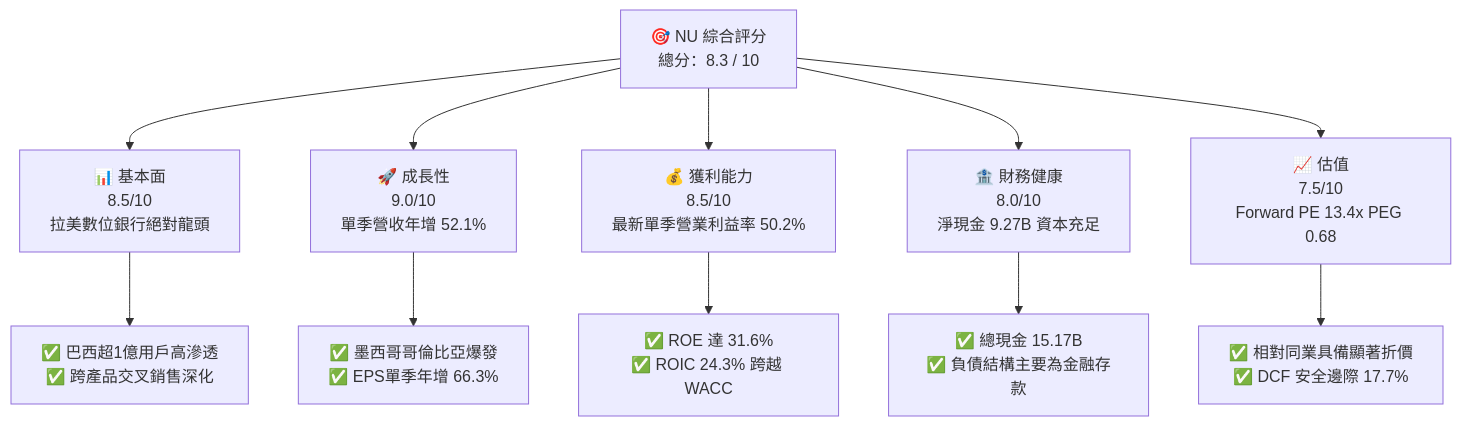
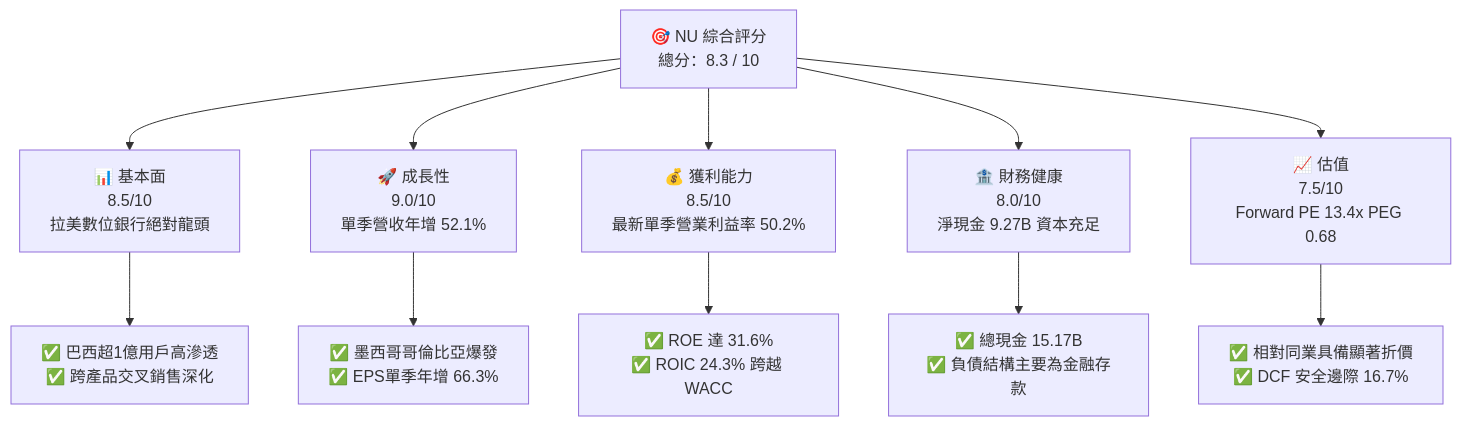
The first of 15 diagrams in ai_gen_report/fundamental/nu/fundamental_analysis_2026-10-23_gemini.md (yennanliu/finance_data), drawn with Mermaid before and after one commit. The commit also changed other lines of this file and 339 other files, not shown here.

````diff
--- a/ai_gen_report/fundamental/nu/fundamental_analysis_2026-10-23_gemini.md
+++ b/ai_gen_report/fundamental/nu/fundamental_analysis_2026-10-23_gemini.md
@@ -75,22 +75,22 @@
 ```mermaid
 graph TD
     TICKER["🎯 NU 綜合評分<br/>總分：8.3 / 10"]
 
     F["📊 基本面<br/>8.5/10<br/>拉美數位銀行絕對龍頭"]
     G["🚀 成長性<br/>9.0/10<br/>單季營收年增 52.1%"]
     P["💰 獲利能力<br/>8.5/10<br/>最新單季營業利益率 50.2%"]
     B["🏦 財務健康<br/>8.0/10<br/>淨現金 9.27B 資本充足"]
     V["📈 估值<br/>7.5/10<br/>Forward PE 13.4x PEG 0.68"]
 
     TICKER --> F
     TICKER --> G
     TICKER --> P
     TICKER --> B
     TICKER --> V
 
     F --> F1["✅ 巴西超1億用戶高滲透<br/>✅ 跨產品交叉銷售深化"]
     G --> G1["✅ 墨西哥哥倫比亞爆發<br/>✅ EPS單季年增 66.3%"]
     P --> P1["✅ ROE 達 31.6%<br/>✅ ROIC 24.3% 跨越 WACC"]
     B --> B1["✅ 總現金 15.17B<br/>✅ 負債結構主要為金融存款"]
-    V --> V1["✅ 相對同業具備顯著折價<br/>✅ DCF 安全邊際 17.7%"]
+    V --> V1["✅ 相對同業具備顯著折價<br/>✅ DCF 安全邊際 16.7%"]
 ```
````
